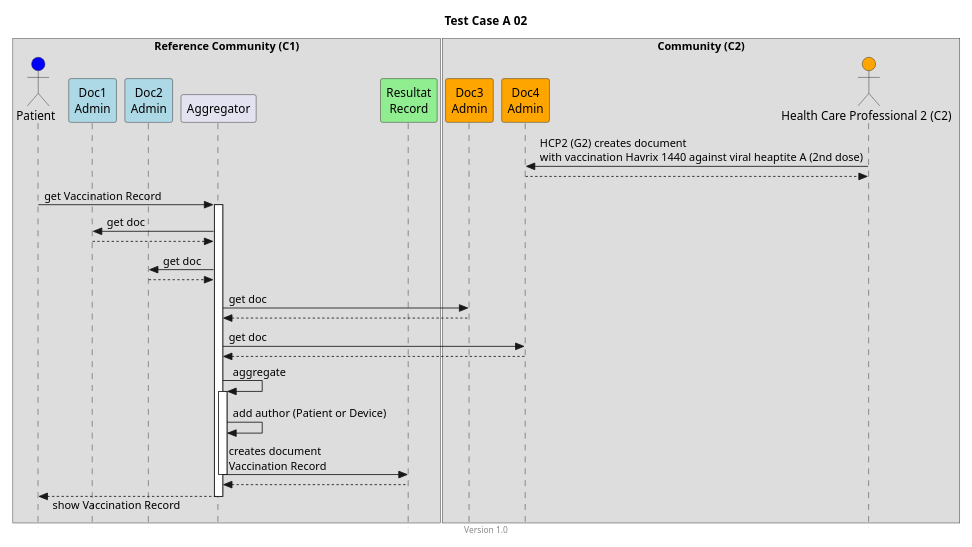
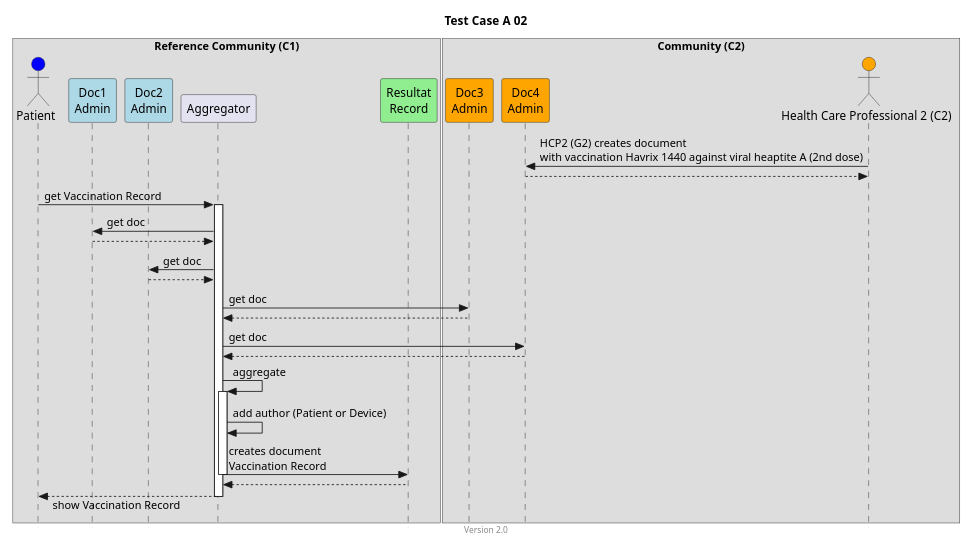
Before and after one commit to hl7ch/ch-vacd: the diagram in input/images-source/TCA02.plantuml, drawn with PlantUML. The commit also changed 4 other files, not shown here.

```diff
--- a/input/images-source/TCA02.plantuml
+++ b/input/images-source/TCA02.plantuml
@@ -1,50 +1,50 @@
 @startuml
 title Test Case A 02
-footer Version 1.0
+footer Version 2.0
 skinparam responseMessageBelowArrow true
 skinparam style strictuml
 scale max 800 width
 
 
 box "Reference Community (C1)"
 actor "Patient" as PAT #blue
 participant "Doc1\nAdmin" as Doc1 #lightblue
 participant "Doc2\nAdmin" as Doc2  #lightblue
 participant Aggregator as AGG
 participant "Resultat\nRecord" as RES #lightgreen
 end box
 
 box "Community (C2)"
 participant "Doc3\nAdmin" as Doc3 #orange
 participant "Doc4\nAdmin" as Doc4 #orange
 actor "Health Care Professional 2 (C2)" as HCP2_C2 #orange
 end box
 
 HCP2_C2 -> Doc4: HCP2 (G2) creates document\nwith vaccination Havrix 1440 against viral heaptite A (2nd dose)
 HCP2_C2 <-- Doc4
 
 PAT -> AGG: get Vaccination Record
 activate AGG
 
 AGG -> Doc1: get doc
 AGG <-- Doc1
 
 AGG -> Doc2: get doc
 AGG <-- Doc2
 
 AGG -> Doc3: get doc
 AGG <-- Doc3
 
 AGG -> Doc4: get doc
 AGG <-- Doc4
 
 AGG -> AGG: aggregate
 activate AGG
 AGG -> AGG: add author (Patient or Device)
 AGG -> RES: creates document\nVaccination Record
 deactivate AGG
 AGG <-- RES
 PAT <-- AGG: show Vaccination Record
 deactivate AGG
 
 @enduml
```
